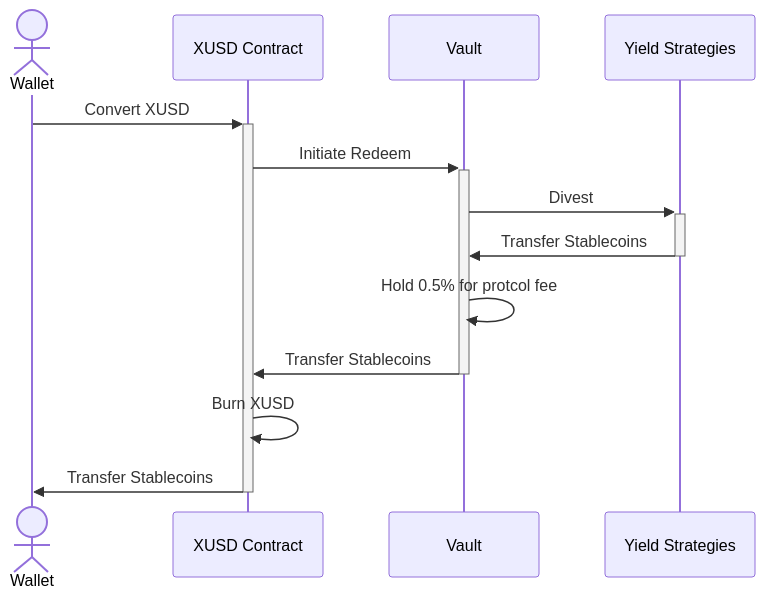
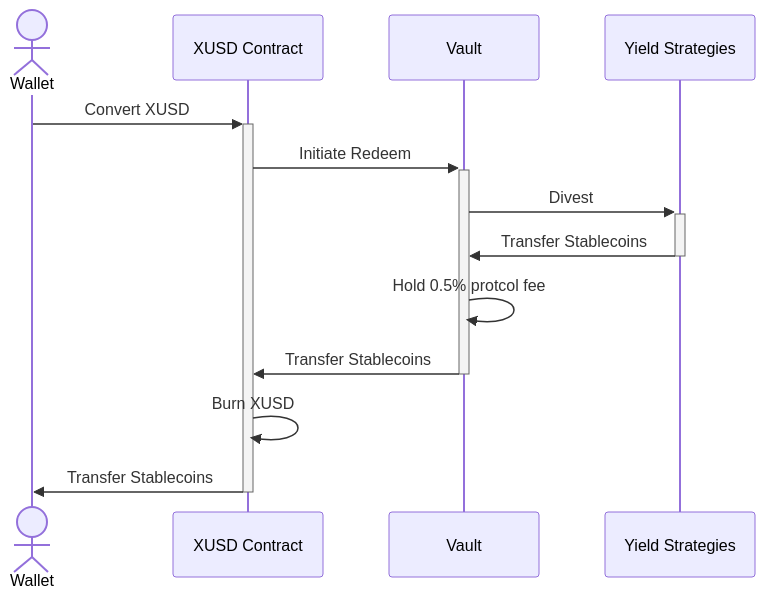
Before and after one commit to factor-finance/xusd-docs: the third of 4 diagrams in docs/tokenomics.md, drawn with Mermaid. The commit also changed other lines of this file, not shown here.

Commit message:
diagram tweaks

````diff
--- a/docs/tokenomics.md
+++ b/docs/tokenomics.md
@@ -53,17 +51,17 @@
 ```mermaid
     %%{init: { 'theme': dark' } }%%
 sequenceDiagram
     actor Wallet
     participant XUSD Contract
     participant Vault
 
     Wallet->>+XUSD Contract: Convert XUSD
     XUSD Contract->>+Vault: Initiate Redeem
     Vault->>+Yield Strategies: Divest
     Yield Strategies->>-Vault: Transfer Stablecoins
-    Vault->>Vault: Hold 0.5% for protcol fee
+    Vault->>Vault: Hold 0.5% protcol fee
     Vault->>XUSD Contract: Transfer Stablecoins
     deactivate Vault
     XUSD Contract->>XUSD Contract: Burn XUSD
     XUSD Contract->>-Wallet: Transfer Stablecoins
 ```
````
